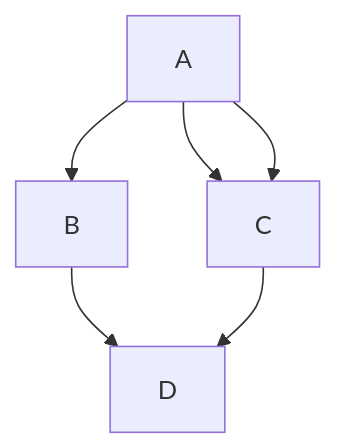
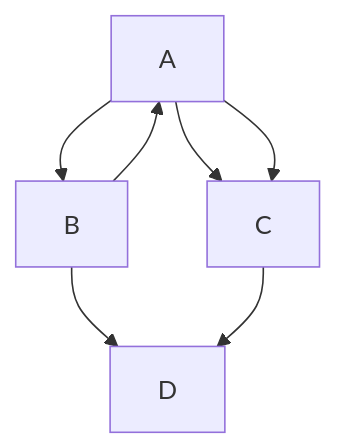
Before and after one commit to stevemc-suse/autoyast: the diagram in something.md, drawn with Mermaid.

Commit message:
test test

````diff
--- a/something.md
+++ b/something.md
@@ -1,8 +1,9 @@
 ```mermaid
 graph TD;
     A-->B;
     A-->C;
     B-->D;
     C-->D;
-    A-->C
+    A-->C;
+    B-->A;
 ```
````
